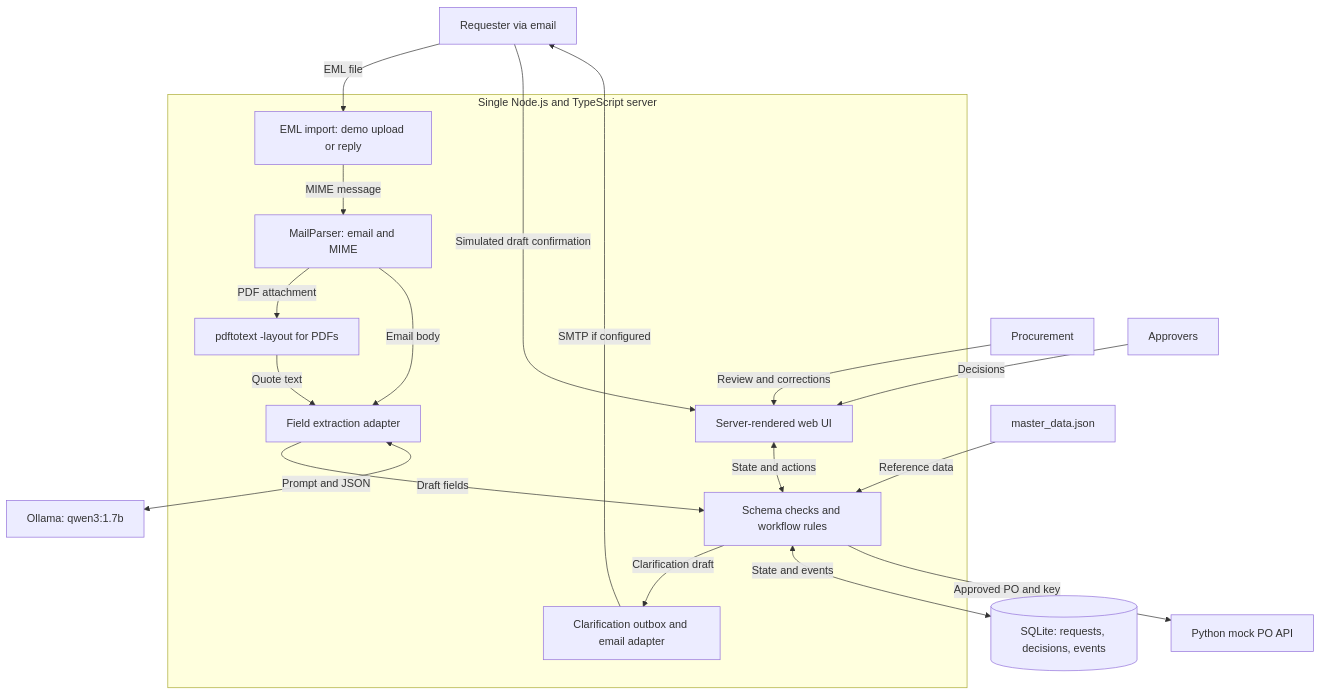
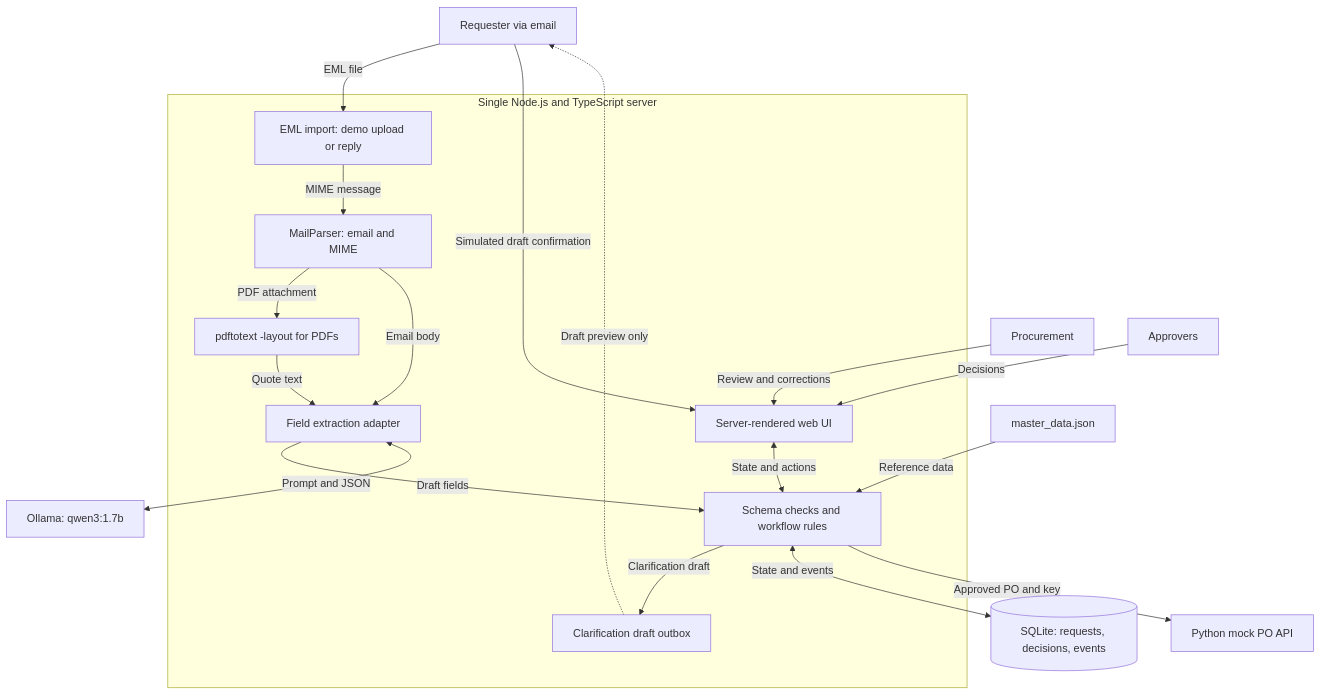
Before and after one commit to miguelCyclone/email-to-po-prototype: the sixth of 6 diagrams in README.md, drawn with Mermaid. The commit also changed other lines of this file and 23 other files, not shown here.

````diff
--- a/README.md
+++ b/README.md
@@ -211,21 +229,21 @@
 ```mermaid
 flowchart TD
     Requester[Requester via email] -->|EML file| Intake[EML import: demo upload or reply]
     subgraph App[Single Node.js and TypeScript server]
         Intake -->|MIME message| Mail[MailParser: email and MIME]
         Mail -->|PDF attachment| PDF[pdftotext -layout for PDFs]
         Mail -->|Email body| Extract[Field extraction adapter]
         PDF -->|Quote text| Extract
         Extract -->|Draft fields| Rules[Schema checks and workflow rules]
         UI[Server-rendered web UI] <-->|State and actions| Rules
-        Rules -->|Clarification draft| Notify[Clarification outbox and email adapter]
+        Rules -->|Clarification draft| Notify[Clarification draft outbox]
     end
     Extract <-->|Prompt and JSON| LLM[Ollama: qwen3:1.7b]
     Master[master_data.json] -->|Reference data| Rules
     Rules <-->|State and events| DB[(SQLite: requests, decisions, events)]
     Procurement[Procurement] -->|Review and corrections| UI
     Requester -->|Simulated draft confirmation| UI
     Approvers[Approvers] -->|Decisions| UI
-    Notify -->|SMTP if configured| Requester
+    Notify -.->|Draft preview only| Requester
     Rules -->|Approved PO and key| ERP[Python mock PO API]
 ```
````
